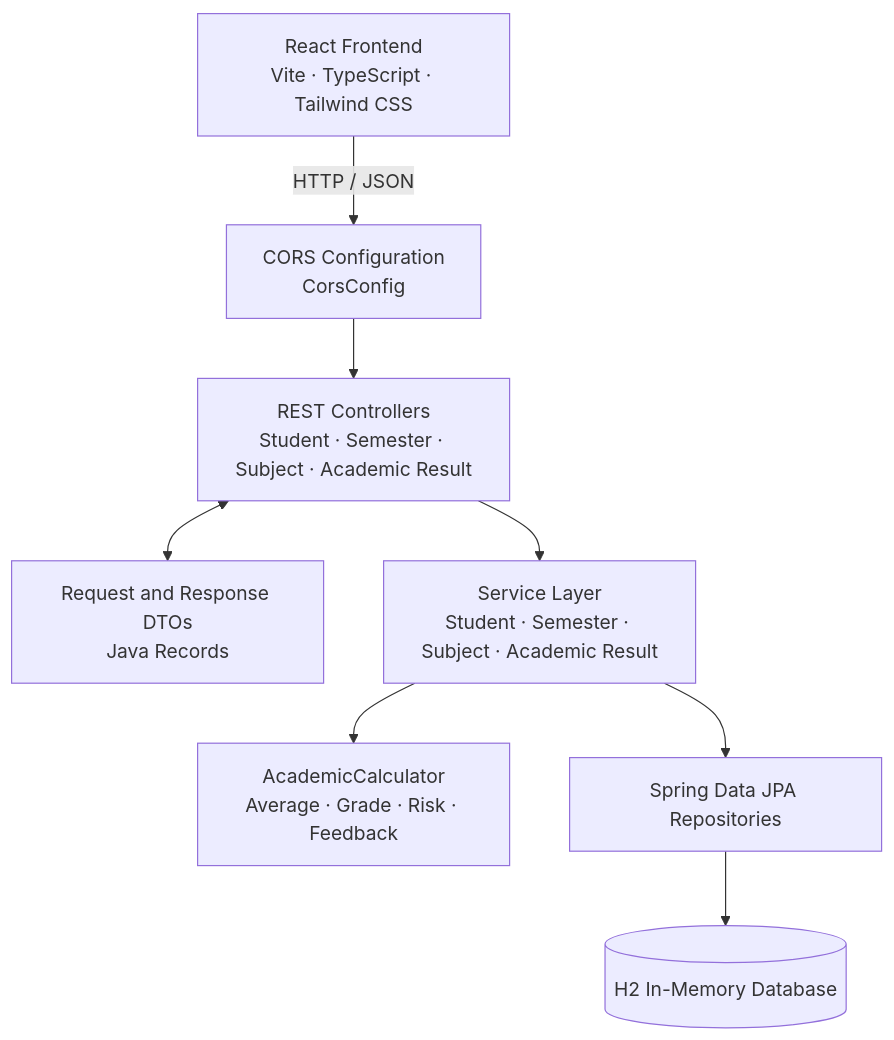
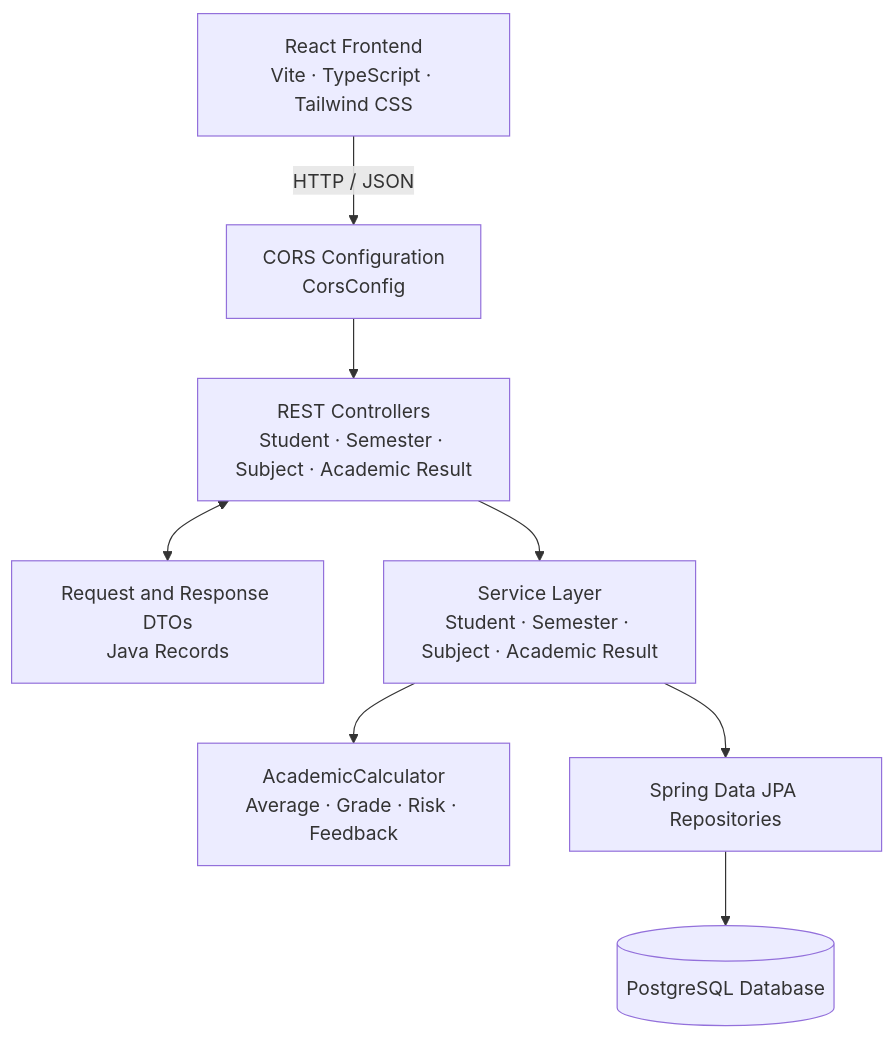
The first of 3 diagrams in README.md (khaingminhtun/academic-survival-system), drawn with Mermaid before and after one commit. The commit also changed other lines of this file and 307 other files, not shown here.

````diff
--- a/README.md
+++ b/README.md
@@ -111,19 +111,19 @@
 ```mermaid
 flowchart TD
     Browser["React Frontend<br/>Vite · TypeScript · Tailwind CSS"]
     Cors["CORS Configuration<br/>CorsConfig"]
     Controller["REST Controllers<br/>Student · Semester · Subject · Academic Result"]
     DTO["Request and Response DTOs<br/>Java Records"]
     Service["Service Layer<br/>Student · Semester · Subject · Academic Result"]
     Calculator["AcademicCalculator<br/>Average · Grade · Risk · Feedback"]
     Repository["Spring Data JPA Repositories"]
-    Database[("H2 In-Memory Database")]
+    Database[("PostgreSQL Database")]
 
     Browser -->|"HTTP / JSON"| Cors
     Cors --> Controller
     Controller <--> DTO
     Controller --> Service
     Service --> Calculator
     Service --> Repository
     Repository --> Database
 ```
````
